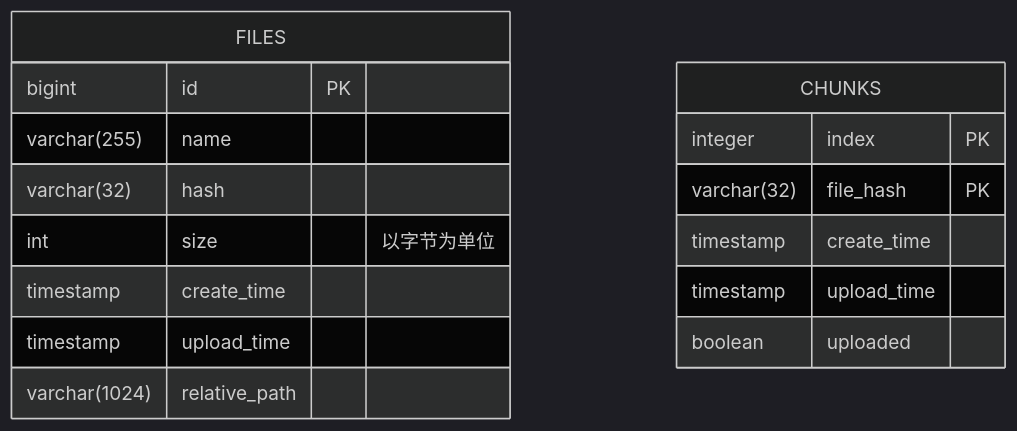
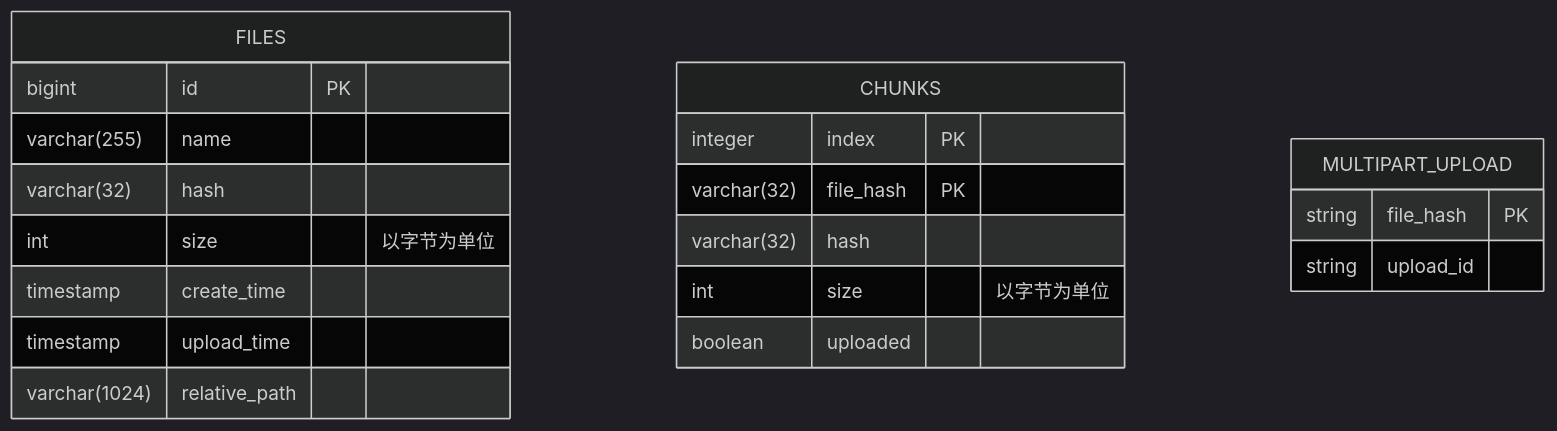
Before and after one commit to niuiic/file-service: the third of 11 diagrams in README.md, drawn with Mermaid (dark theme). The commit also changed other lines of this file and 15 other files, not shown here.

````diff
--- a/README.md
+++ b/README.md
@@ -106,20 +106,25 @@
 ```mermaid
 erDiagram
     FILES {
         bigint id PK
         varchar(255) name
         varchar(32) hash
         int size "以字节为单位"
         timestamp create_time
         timestamp upload_time
         varchar(1024) relative_path
     }
 
     CHUNKS {
         integer index PK
         varchar(32) file_hash PK
-        timestamp create_time
-        timestamp upload_time
+        varchar(32) hash
+        int size "以字节为单位"
         boolean uploaded
     }
+
+    MULTIPART_UPLOAD {
+        string file_hash PK
+        string upload_id
+    }
 ```
````
